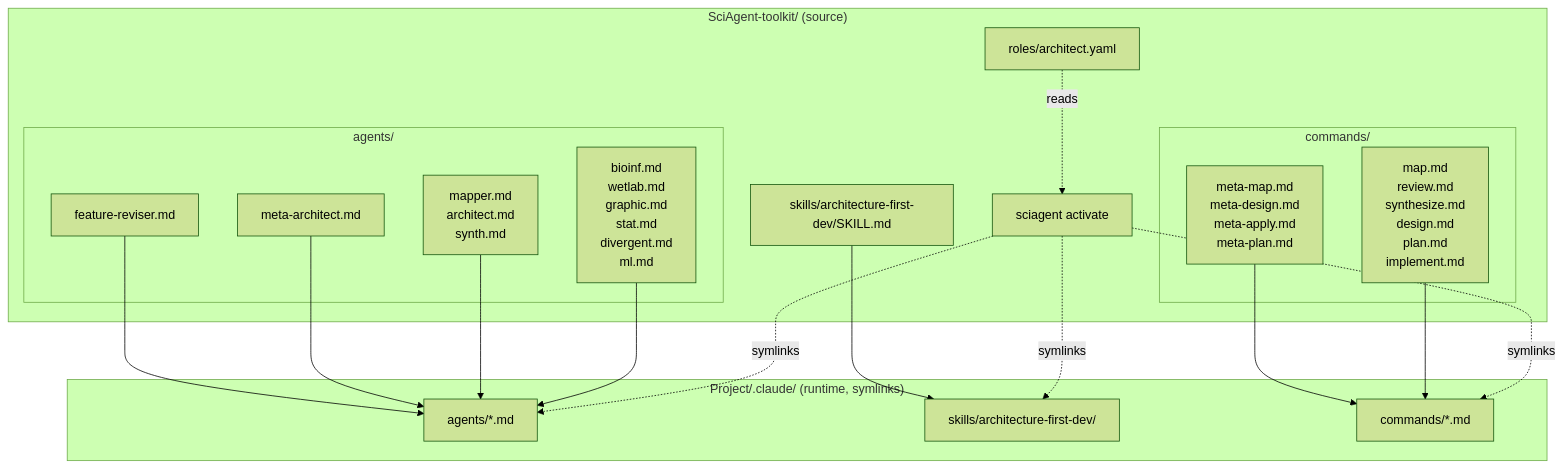
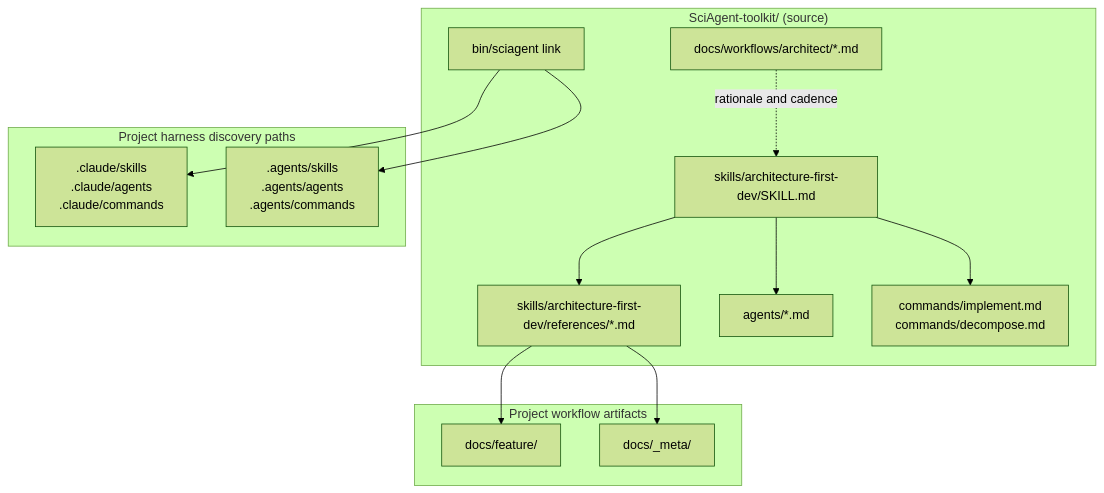
Before and after one commit to tony-zhelonkin/SciAgent-toolkit: the first of 2 diagrams in docs/workflows/architect/01-architecture.md, drawn with Mermaid (forest theme). The commit also changed other lines of this file and 26 other files, not shown here.

````diff
--- a/docs/workflows/architect/01-architecture.md
+++ b/docs/workflows/architect/01-architecture.md
@@ -14,38 +15,30 @@
 ```mermaid
 graph TD
     subgraph "SciAgent-toolkit/ (source)"
-        ROLE[roles/architect.yaml]
-        SKILL[skills/architecture-first-dev/SKILL.md]
-        SCRIPT[sciagent activate]
-
-        subgraph "agents/"
-            A_REV[bioinf.md<br/>wetlab.md<br/>graphic.md<br/>stat.md<br/>divergent.md<br/>ml.md]
-            A_PIPE[mapper.md<br/>architect.md<br/>synth.md]
-            A_META[meta-architect.md]
-            A_TEAM[feature-reviser.md]
-        end
-
-        subgraph "commands/"
-            C[map.md<br/>review.md<br/>synthesize.md<br/>design.md<br/>plan.md<br/>implement.md]
-            C_META[meta-map.md<br/>meta-design.md<br/>meta-apply.md<br/>meta-plan.md]
-        end
+        ROUTER[skills/architecture-first-dev/SKILL.md]
+        REFS[skills/architecture-first-dev/references/*.md]
+        AGENTS[agents/*.md]
+        COMMANDS[commands/implement.md<br/>commands/decompose.md]
+        DOCS[docs/workflows/architect/*.md]
+        LINK[bin/sciagent link]
     end
 
-    subgraph "Project/.claude/ (runtime, symlinks)"
-        CA[agents/*.md]
-        CS[skills/architecture-first-dev/]
-        CC[commands/*.md]
+    subgraph "Project harness discovery paths"
+        CLAUDE[.claude/skills<br/>.claude/agents<br/>.claude/commands]
+        PORTABLE[.agents/skills<br/>.agents/agents<br/>.agents/commands]
     end
 
-    ROLE -.reads.-> SCRIPT
-    SCRIPT -.symlinks.-> CA
-    SCRIPT -.symlinks.-> CS
-    SCRIPT -.symlinks.-> CC
-    A_REV --> CA
-    A_PIPE --> CA
-    A_META --> CA
-    A_TEAM --> CA
-    SKILL --> CS
-    C --> CC
-    C_META --> CC
+    subgraph "Project workflow artifacts"
+        FEATURE[docs/feature/]
+        META[docs/_meta/]
+    end
+
+    LINK --> CLAUDE
+    LINK --> PORTABLE
+    ROUTER --> REFS
+    ROUTER --> AGENTS
+    ROUTER --> COMMANDS
+    DOCS -.rationale and cadence.-> ROUTER
+    REFS --> FEATURE
+    REFS --> META
 ```
````
